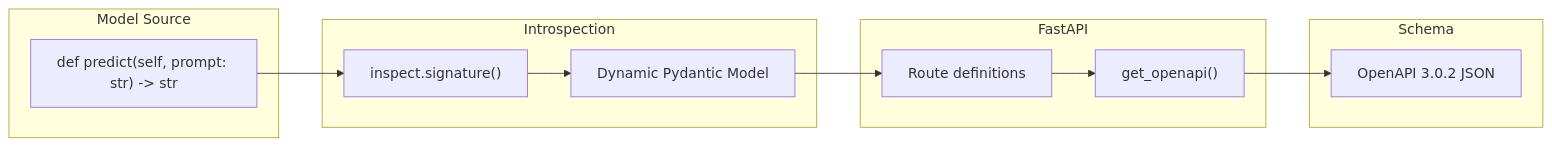
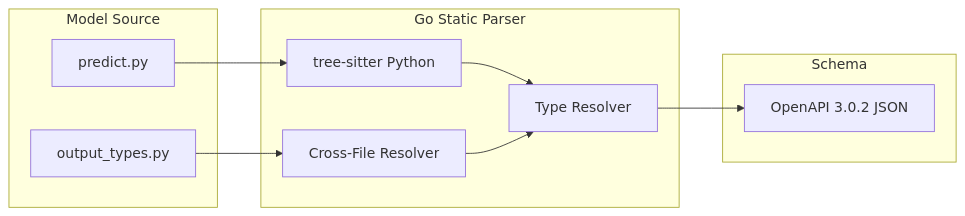
The diagram in architecture/02-schema.md (rdhanarot/cog), drawn with Mermaid before and after one commit. The commit also changed other lines of this file and 32 other files, not shown here.

First line of the commit message:
feat: add static schema generation with legacy fallback (0.17 gated) (#2788)

````diff
--- a/architecture/02-schema.md
+++ b/architecture/02-schema.md
@@ -61,22 +58,23 @@
 ```mermaid
 flowchart LR
     subgraph source["Model Source"]
-        predict["def predict(self, prompt: str) -> str"]
+        predict["predict.py"]
+        types["output_types.py"]
     end
-    
-    subgraph introspection["Introspection"]
-        sig["inspect.signature()"]
-        pydantic["Dynamic Pydantic Model"]
+
+    subgraph parser["Go Static Parser"]
+        ts["tree-sitter Python"]
+        resolve["Type Resolver"]
+        cross["Cross-File Resolver"]
     end
-    
-    subgraph fastapi["FastAPI"]
-        routes["Route definitions"]
-        openapi["get_openapi()"]
-    end
-    
+
     subgraph output["Schema"]
         spec["OpenAPI 3.0.2 JSON"]
     end
-    
-    predict --> sig --> pydantic --> routes --> openapi --> spec
+
+    predict --> ts
+    types --> cross
+    ts --> resolve
+    cross --> resolve
+    resolve --> spec
 ```
````
